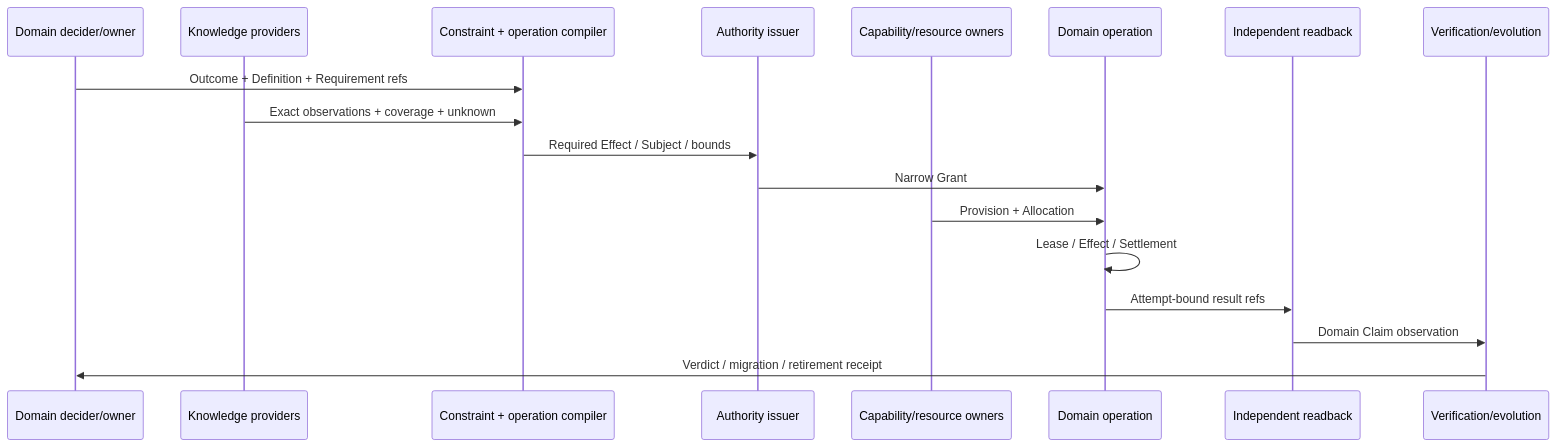
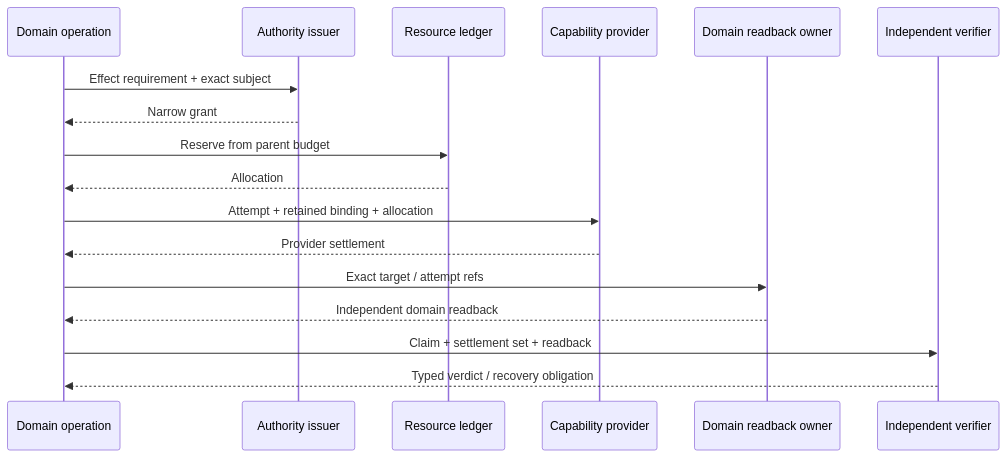
The sixth of 14 diagrams in docs/system-architecture.md (sec-platform/sec), drawn with Mermaid before and after one commit. The commit also changed other lines of this file and 14 other files, not shown here.

````diff
--- a/docs/system-architecture.md
+++ b/docs/system-architecture.md
@@ -152,20 +393,19 @@
 ```mermaid
 sequenceDiagram
-  participant D as Domain decider/owner
-  participant K as Knowledge providers
-  participant C as Constraint + operation compiler
+  participant O as Domain operation
   participant A as Authority issuer
-  participant P as Capability/resource owners
-  participant O as Domain operation
-  participant R as Independent readback
-  participant V as Verification/evolution
-  D->>C: Outcome + Definition + Requirement refs
-  K->>C: Exact observations + coverage + unknown
-  C->>A: Required Effect / Subject / bounds
-  A->>O: Narrow Grant
-  P->>O: Provision + Allocation
-  O->>O: Lease / Effect / Settlement
-  O->>R: Attempt-bound result refs
-  R->>V: Domain Claim observation
-  V->>D: Verdict / migration / retirement receipt
+  participant R as Resource ledger
+  participant P as Capability provider
+  participant D as Domain readback owner
+  participant V as Independent verifier
+  O->>A: Effect requirement + exact subject
+  A-->>O: Narrow grant
+  O->>R: Reserve from parent budget
+  R-->>O: Allocation
+  O->>P: Attempt + retained binding + allocation
+  P-->>O: Provider settlement
+  O->>D: Exact target / attempt refs
+  D-->>O: Independent domain readback
+  O->>V: Claim + settlement set + readback
+  V-->>O: Typed verdict / recovery obligation
 ```
````
